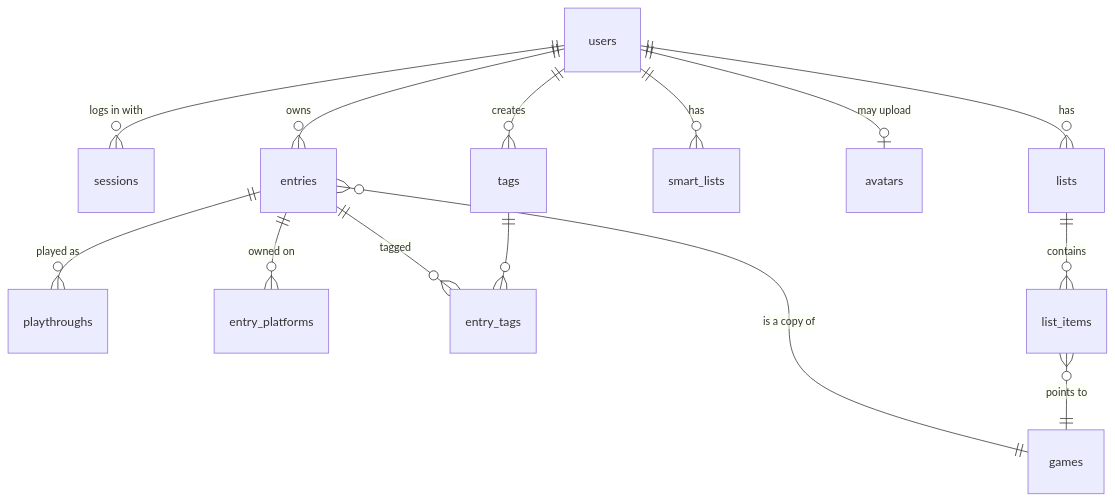
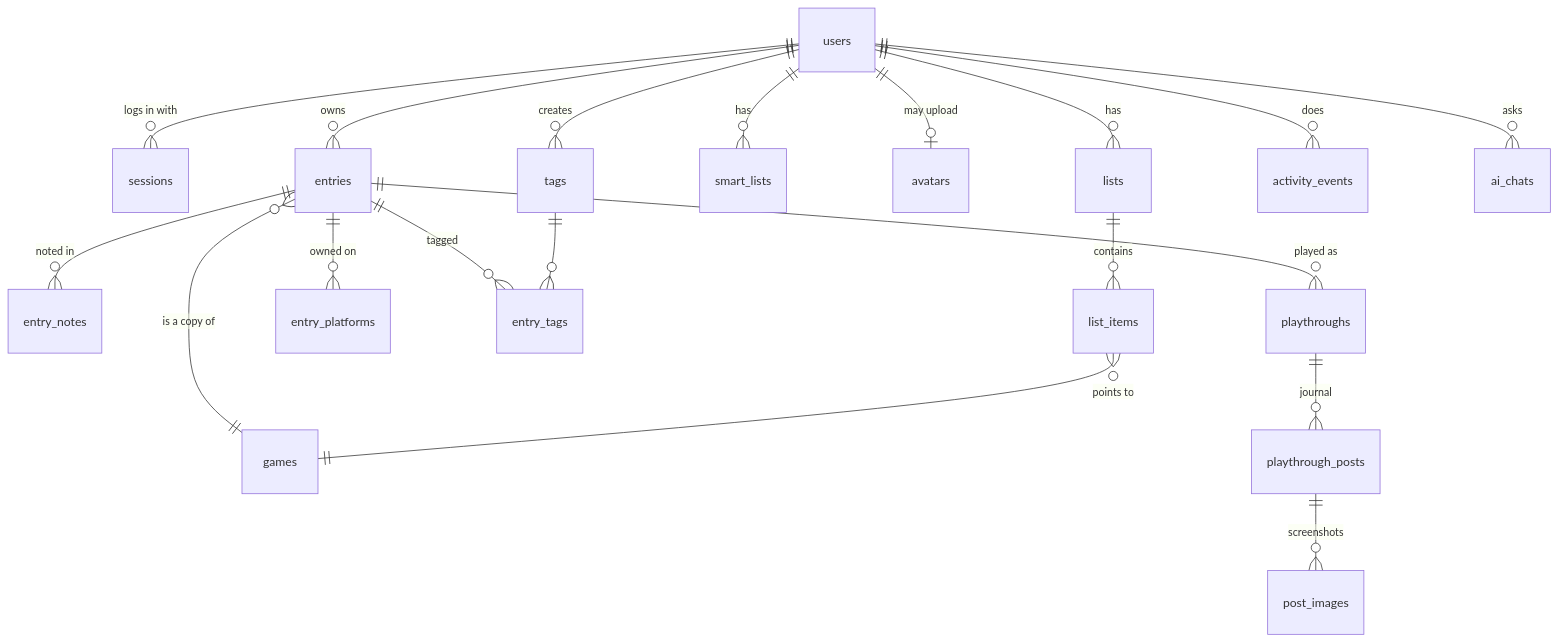
The fifth of 23 diagrams in OVERVIEW.md (joeattardi/gamequeue), drawn with Mermaid before and after one commit. The commit also changed other lines of this file and 96 other files, not shown here.

````diff
--- a/OVERVIEW.md
+++ b/OVERVIEW.md
@@ -228,17 +228,22 @@
 ```mermaid
 erDiagram
     users ||--o{ sessions : "logs in with"
     users ||--o{ entries : "owns"
     users ||--o{ lists : "has"
     users ||--o{ smart_lists : "has"
     users ||--o| avatars : "may upload"
     users ||--o{ tags : "creates"
+    users ||--o{ activity_events : "does"
+    users ||--o{ ai_chats : "asks"
 
     entries }o--|| games : "is a copy of"
+    entries ||--o{ entry_notes : "noted in"
     entries ||--o{ playthroughs : "played as"
     entries ||--o{ entry_platforms : "owned on"
     entries ||--o{ entry_tags : "tagged"
     tags ||--o{ entry_tags : ""
+    playthroughs ||--o{ playthrough_posts : "journal"
+    playthrough_posts ||--o{ post_images : "screenshots"
     lists ||--o{ list_items : "contains"
     list_items }o--|| games : "points to"
 ```
````
